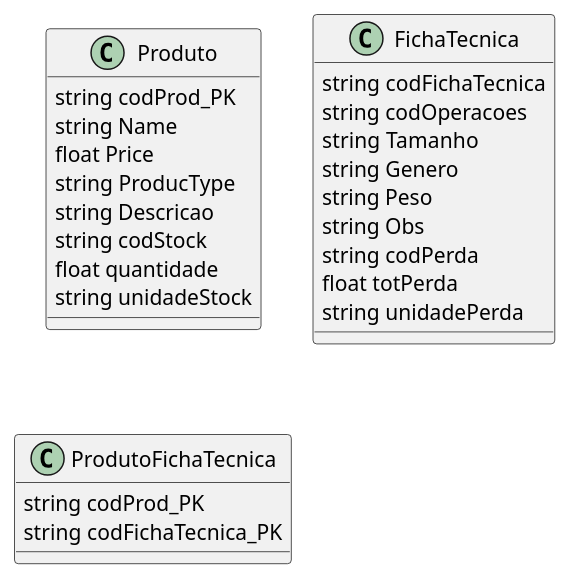
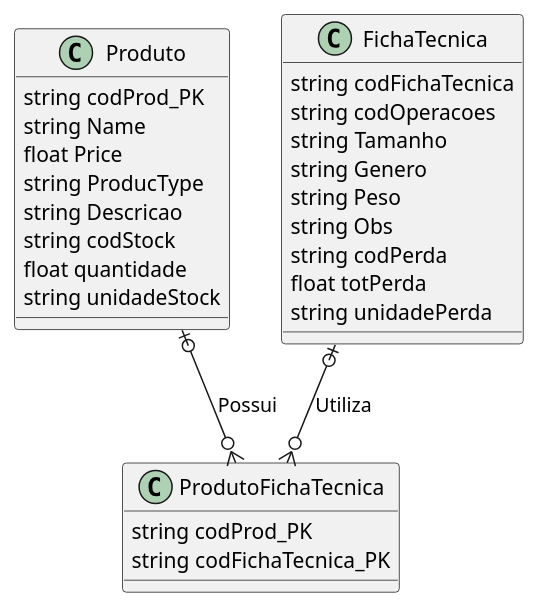
One commit to Arturito2005/TrabalhoBD changed the diagram in DesenhoLogico/Normalizacao/NormalizacaoProduto.plantuml. Above: the diagram before and after it, drawn with PlantUML. The commit also changed 7 other files, not shown here.

```diff
--- a/DesenhoLogico/Normalizacao/NormalizacaoProduto.plantuml
+++ b/DesenhoLogico/Normalizacao/NormalizacaoProduto.plantuml
@@ -1,32 +1,34 @@
 @startuml tableBD
-
 
 class Produto {
     string codProd_PK
     string Name
     float Price
     string ProducType 
     string Descricao 
     string codStock 
     float quantidade 
     string unidadeStock 
 }
 
 class FichaTecnica {
     string codFichaTecnica 
     string codOperacoes
     string Tamanho
     string Genero  
     string Peso 
     string Obs 
     string codPerda 
     float totPerda 
     string unidadePerda 
 }
 
 class ProdutoFichaTecnica {
     string codProd_PK
     string codFichaTecnica_PK
 }
 
+Produto |o--o{ ProdutoFichaTecnica: Possui
+FichaTecnica |o--o{ ProdutoFichaTecnica: Utiliza
+
 @enduml
```
